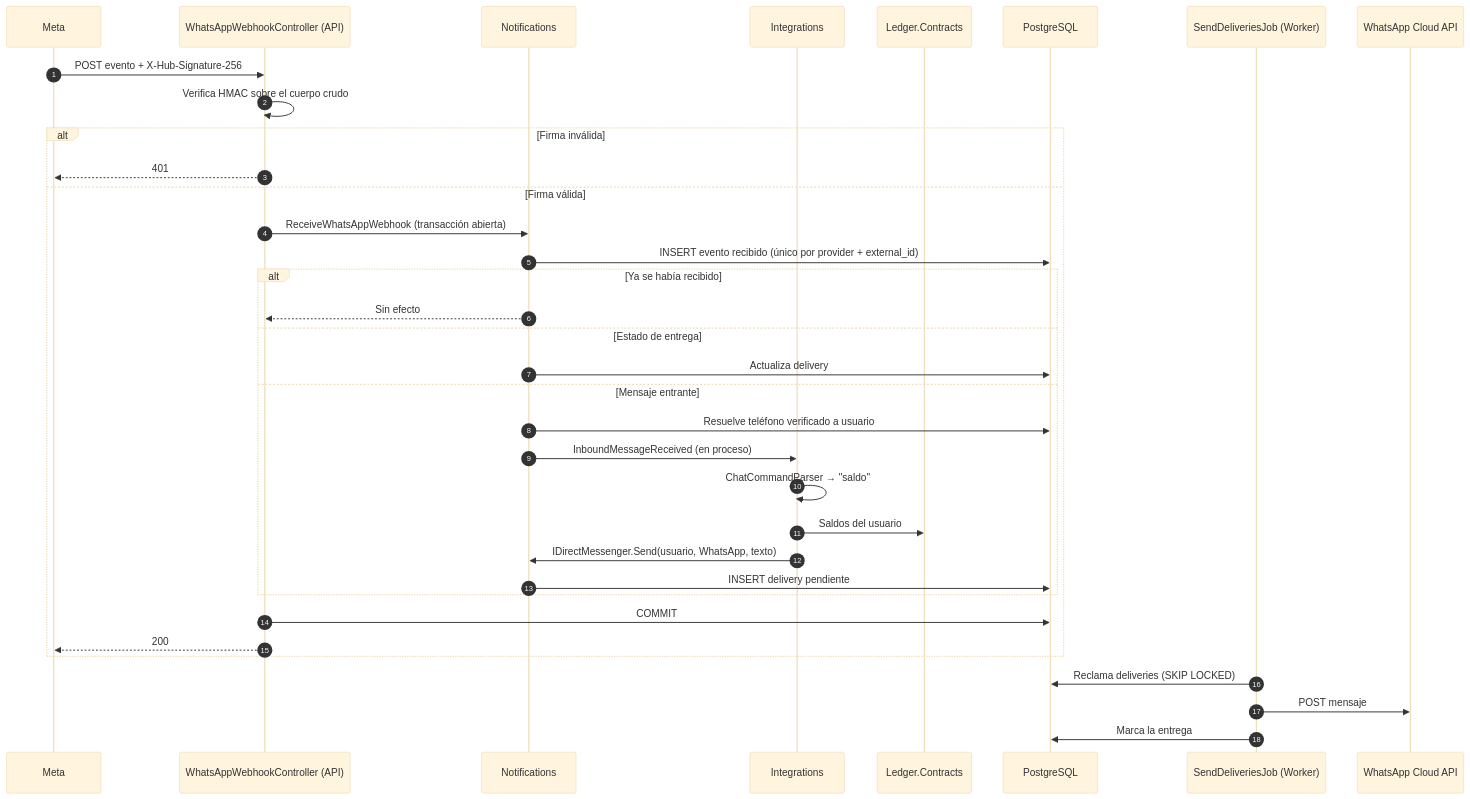
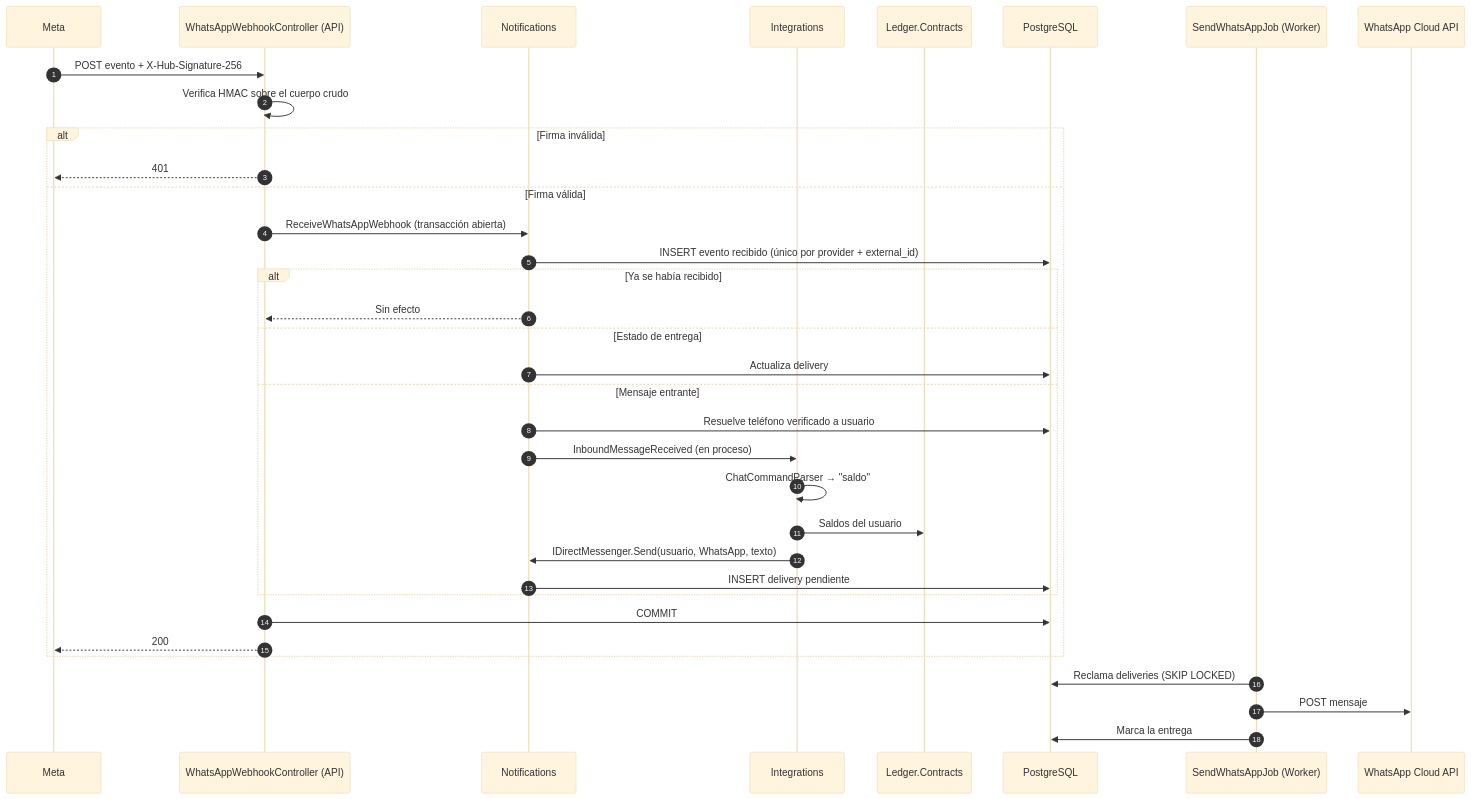
The diagram in docs/diagrams/flow-webhook.md (TorresMBA/finanzas-hub-api), drawn with Mermaid (base theme) before and after one commit. The commit also changed 21 other files, not shown here.

````diff
--- a/docs/diagrams/flow-webhook.md
+++ b/docs/diagrams/flow-webhook.md
@@ -3,38 +3,38 @@
 ```mermaid
 sequenceDiagram
     autonumber
     participant M as Meta
     participant C as WhatsAppWebhookController (API)
     participant N as Notifications
     participant I as Integrations
     participant L as Ledger.Contracts
     participant DB as PostgreSQL
-    participant J as SendDeliveriesJob (Worker)
+    participant J as SendWhatsAppJob (Worker)
     participant W as WhatsApp Cloud API
 
     M->>C: POST evento + X-Hub-Signature-256
     C->>C: Verifica HMAC sobre el cuerpo crudo
     alt Firma inválida
         C-->>M: 401
     else Firma válida
         C->>N: ReceiveWhatsAppWebhook (transacción abierta)
         N->>DB: INSERT evento recibido (único por provider + external_id)
         alt Ya se había recibido
             N-->>C: Sin efecto
         else Estado de entrega
             N->>DB: Actualiza delivery
         else Mensaje entrante
             N->>DB: Resuelve teléfono verificado a usuario
             N->>I: InboundMessageReceived (en proceso)
             I->>I: ChatCommandParser → "saldo"
             I->>L: Saldos del usuario
             I->>N: IDirectMessenger.Send(usuario, WhatsApp, texto)
             N->>DB: INSERT delivery pendiente
         end
         C->>DB: COMMIT
         C-->>M: 200
     end
     J->>DB: Reclama deliveries (SKIP LOCKED)
     J->>W: POST mensaje
     J->>DB: Marca la entrega
 ```
````
